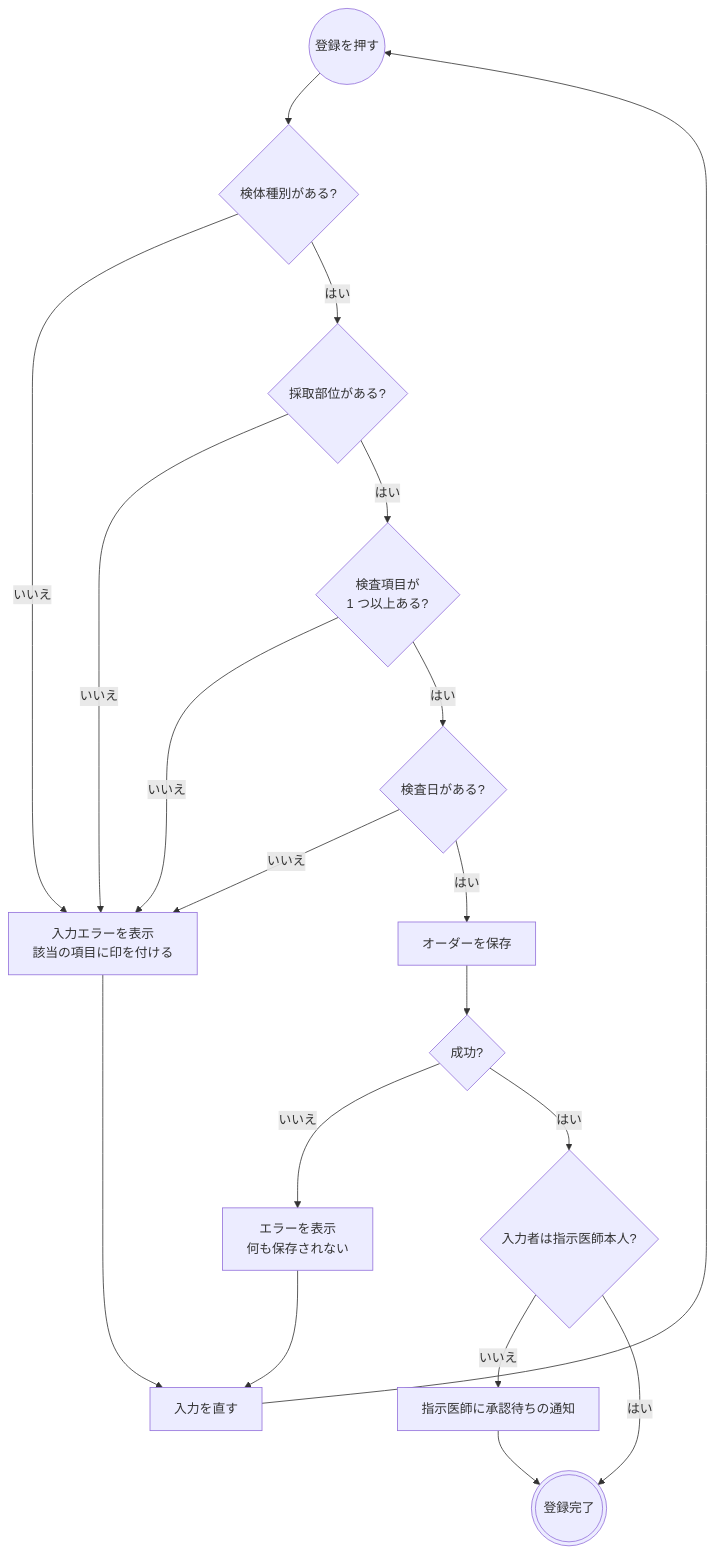
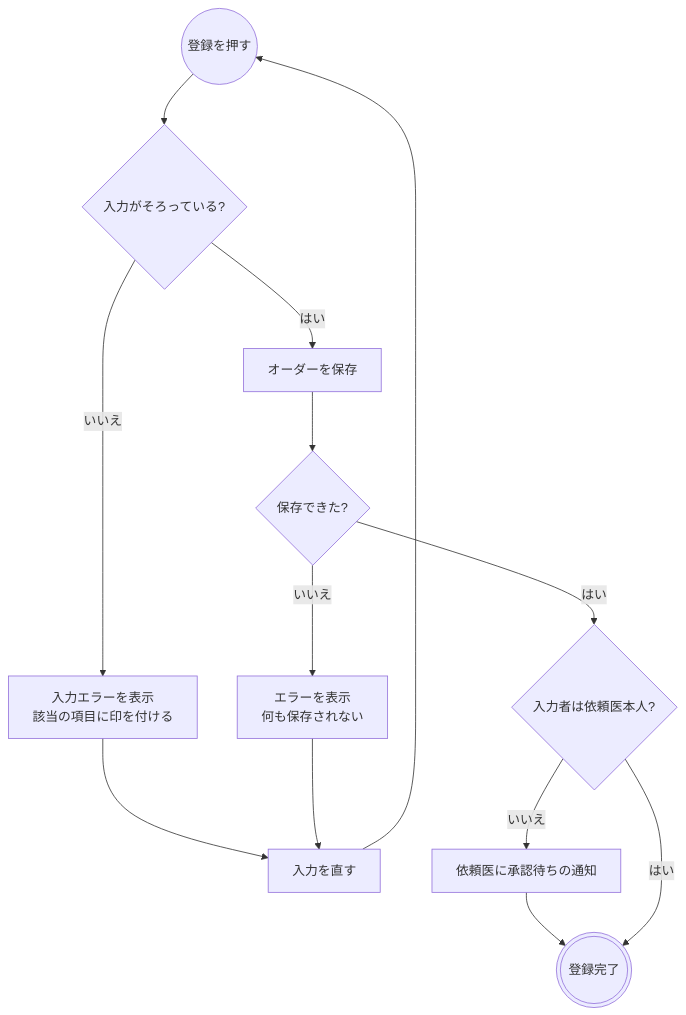
Before and after one commit to ysnr-dev/fhir-client-docs: the second of 6 diagrams in docs/flows/micro.md, drawn with Mermaid. The commit also changed other lines of this file and 43 other files, not shown here.

Commit message:
docs: 業務フローとシーケンス図を写し直し

````diff
--- a/docs/flows/micro.md
+++ b/docs/flows/micro.md
@@ -84,31 +101,21 @@
 ```mermaid
 flowchart TD
   submit(("登録を押す"))
-  type{"検体種別がある?"}
-  site{"採取部位がある?"}
-  items{"検査項目が<br/>1 つ以上ある?"}
-  date{"検査日がある?"}
+  valid{"入力がそろっている?"}
   error["入力エラーを表示<br/>該当の項目に印を付ける"]
+  fix["入力を直す"]
   send["オーダーを保存"]
-  result{"成功?"}
+  result{"保存できた?"}
   failed["エラーを表示<br/>何も保存されない"]
-  proxy{"入力者は指示医師本人?"}
-  approval["指示医師に承認待ちの通知"]
+  proxy{"入力者は依頼医本人?"}
+  approval["依頼医に承認待ちの通知"]
   done((("登録完了")))
-  fix["入力を直す"]
 
-  submit --> type
-  type -- "いいえ" --> error
-  type -- "はい" --> site
-  site -- "いいえ" --> error
-  site -- "はい" --> items
-  items -- "いいえ" --> error
-  items -- "はい" --> date
-  date -- "いいえ" --> error
-  date -- "はい" --> send --> result
+  submit --> valid
+  valid -- "いいえ" --> error --> fix --> submit
+  valid -- "はい" --> send --> result
   result -- "いいえ" --> failed --> fix
   result -- "はい" --> proxy
   proxy -- "いいえ" --> approval --> done
   proxy -- "はい" --> done
-  error --> fix --> submit
 ```
````
